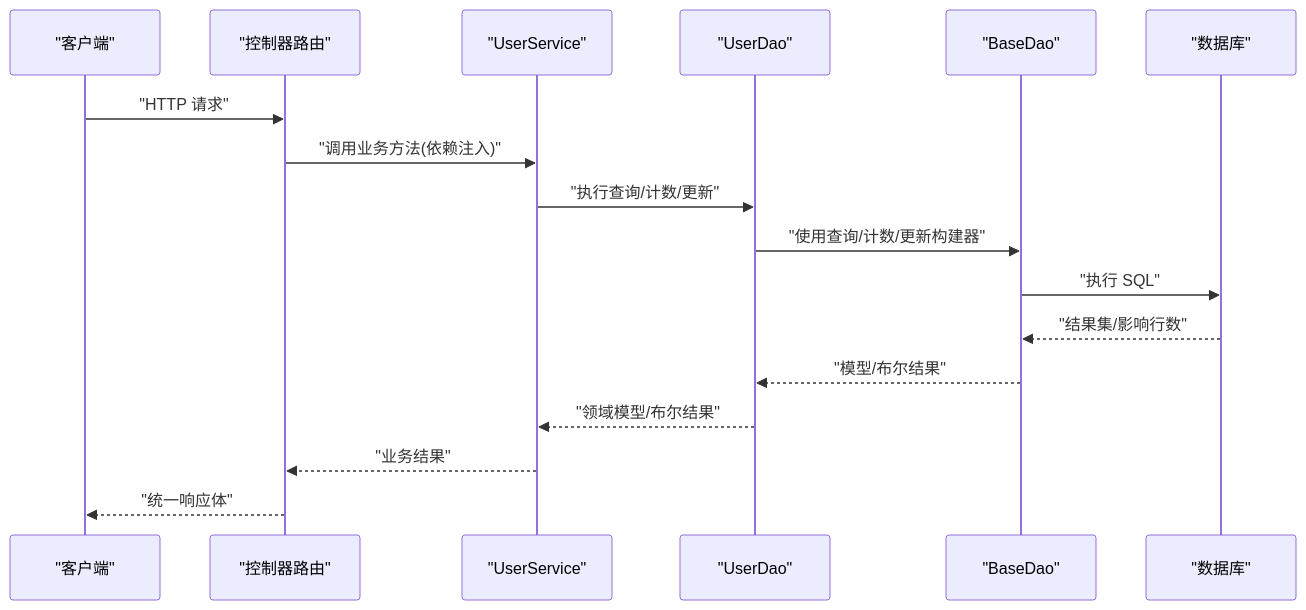
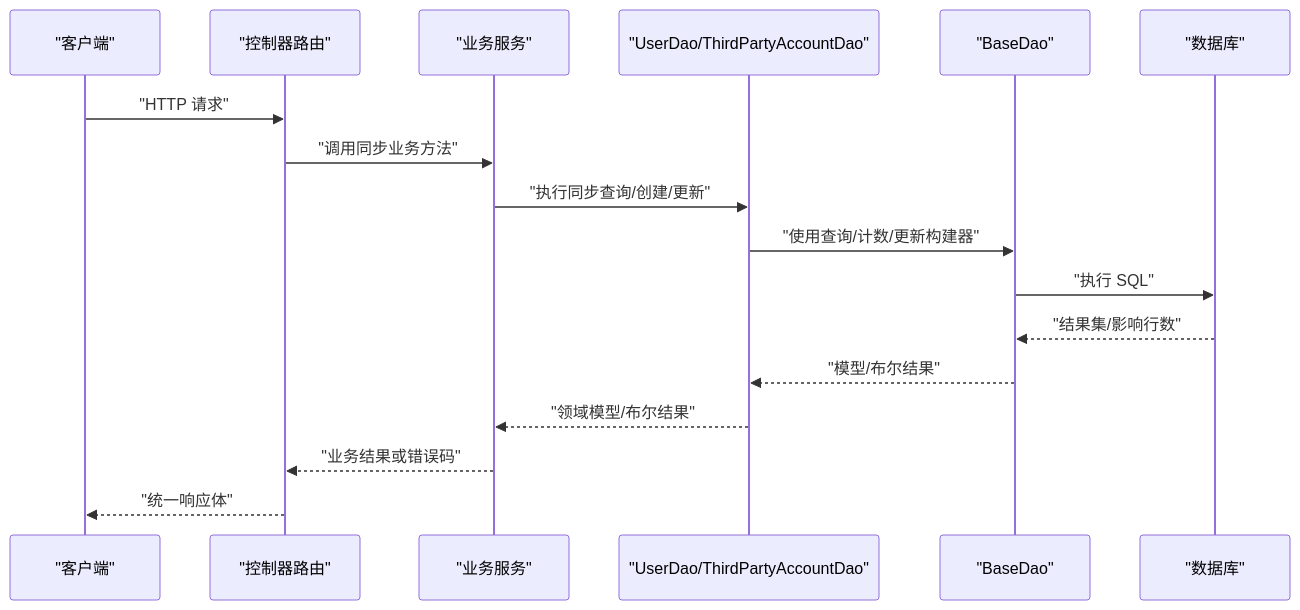
The second of 9 diagrams in .qoder/repowiki/zh/content/业务逻辑层.md (lilinzezzzzzz/fastapi-backend), drawn with Mermaid before and after one commit. The commit also changed other lines of this file and 42 other files, not shown here.

````diff
--- a/.qoder/repowiki/zh/content/业务逻辑层.md
+++ b/.qoder/repowiki/zh/content/业务逻辑层.md
@@ -144,19 +195,19 @@
 ```mermaid
 sequenceDiagram
 participant Client as "客户端"
 participant Router as "控制器路由"
-participant Service as "UserService"
-participant Dao as "UserDao"
+participant Service as "业务服务"
+participant Dao as "UserDao/ThirdPartyAccountDao"
 participant BaseDao as "BaseDao"
 participant DB as "数据库"
 Client->>Router : "HTTP 请求"
-Router->>Service : "调用业务方法(依赖注入)"
-Service->>Dao : "执行查询/计数/更新"
+Router->>Service : "调用同步业务方法"
+Service->>Dao : "执行同步查询/创建/更新"
 Dao->>BaseDao : "使用查询/计数/更新构建器"
 BaseDao->>DB : "执行 SQL"
 DB-->>BaseDao : "结果集/影响行数"
 BaseDao-->>Dao : "模型/布尔结果"
 Dao-->>Service : "领域模型/布尔结果"
-Service-->>Router : "业务结果"
+Service-->>Router : "业务结果或错误码"
 Router-->>Client : "统一响应体"
 ```
````
